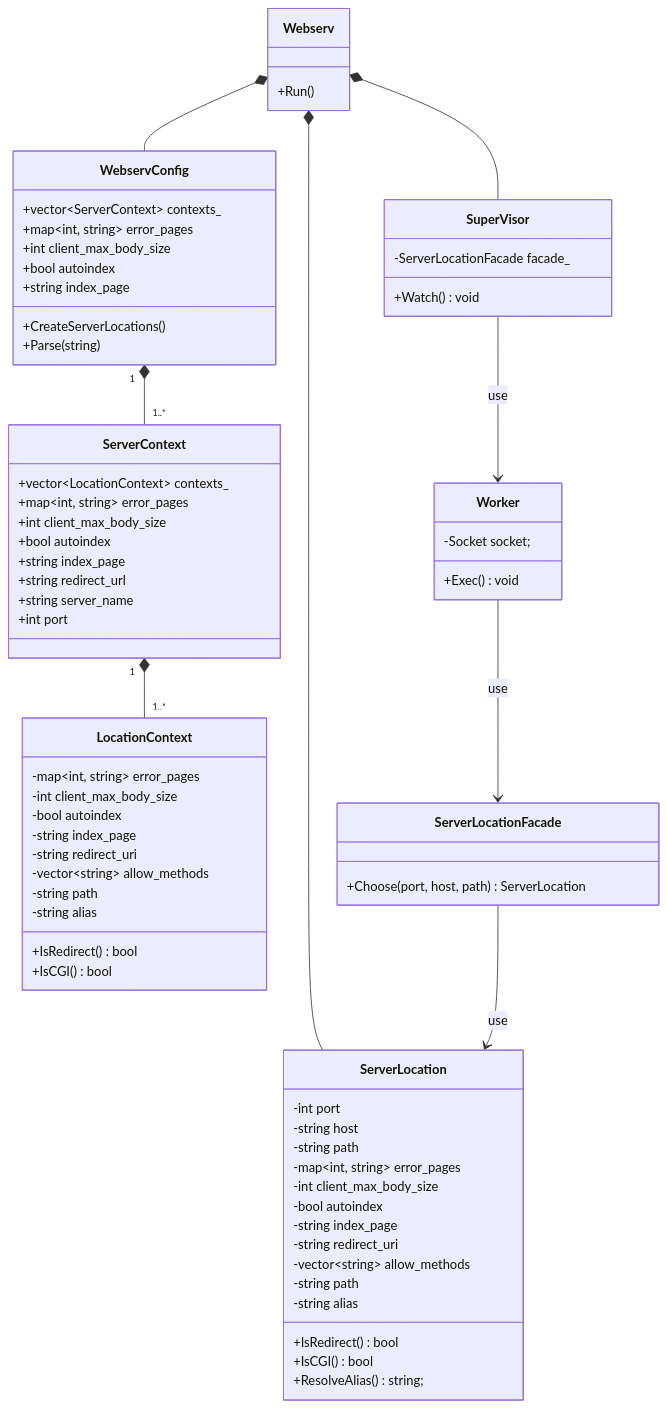
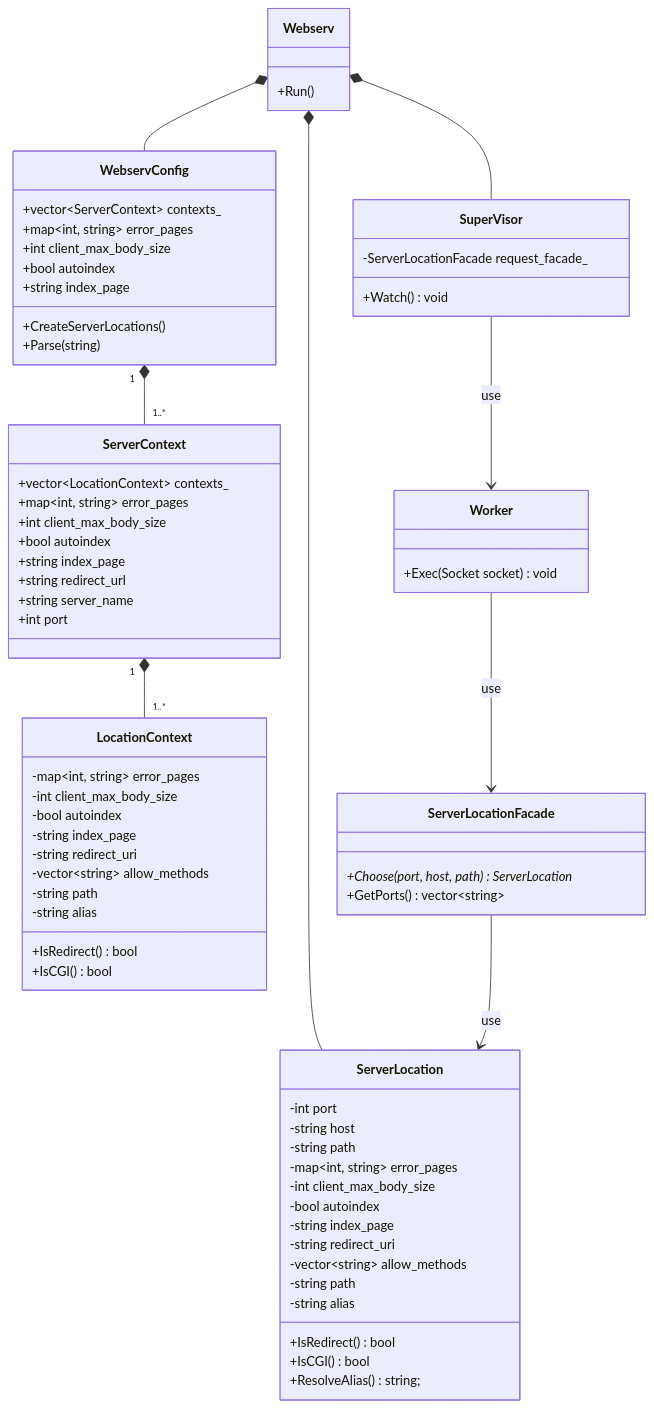
The diagram in docs/class/config_class.md (katataku/webserv), drawn with Mermaid before and after one commit. The commit also changed other lines of this file and 11 other files, not shown here.

```diff
--- a/docs/class/config_class.md
+++ b/docs/class/config_class.md
@@ -50,20 +50,20 @@
 
     %% IO多重化とソケットクラスを生成してWorkerに処理を依頼するまでを担当する%%
     class SuperVisor {
-        -ServerLocationFacade facade_
+        -ServerLocationFacade request_facade_
         +Watch() void
     }
 
     %% Socketを元に具体的な処理を担当する。 %%
     %% Requestを受け付けてResponseの返却をする %%
     class Worker {
-        -Socket socket;
-        +Exec() void
+        +Exec(Socket socket) void
     }
 
     %% どのServerLocationを使用するかを決定する責務 %%
     class ServerLocationFacade {
-        +Choose(port, host, path) ServerLocation
+        +Choose(port, host, path) ServerLocation*
+        +GetPorts() vector~string~
     }
 
     %% configを元に各locationごとの設定 %%
```
